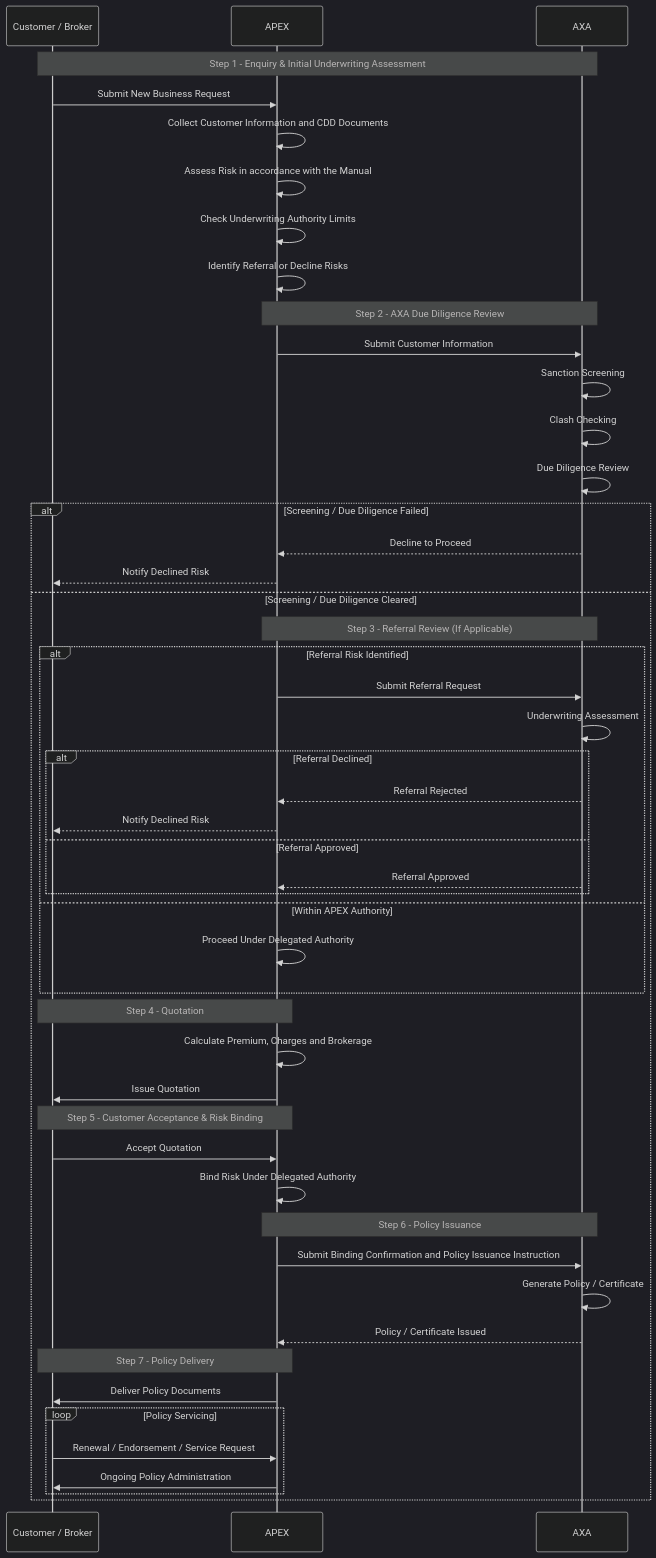
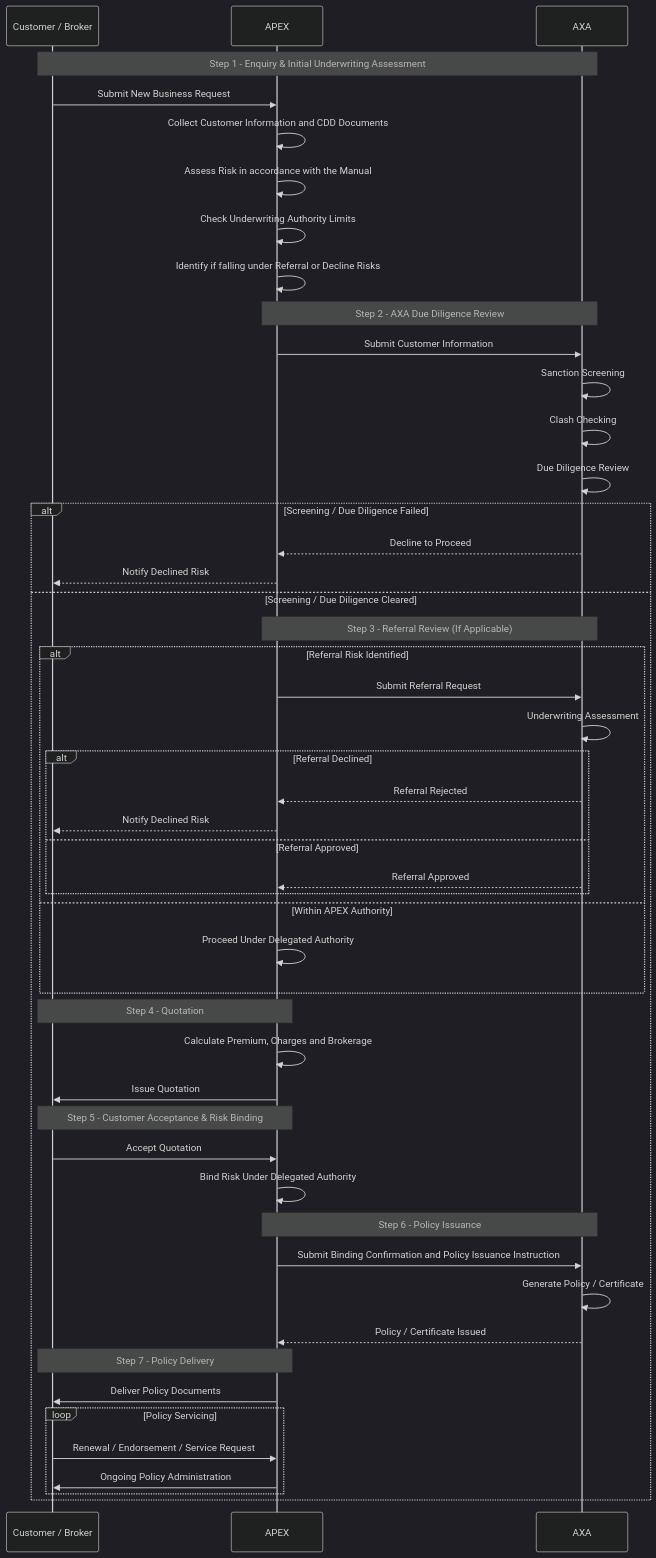
Before and after one commit to raymwor-arch/Diagram: the diagram in Apex.md, drawn with Mermaid (dark theme).

````diff
--- a/Apex.md
+++ b/Apex.md
@@ -1,72 +1,72 @@
 ```mermaid
 sequenceDiagram
     participant Customer as Customer / Broker
     participant APEX as APEX
     participant AXA as AXA
 
     Note over Customer,AXA: Step 1 - Enquiry & Initial Underwriting Assessment
 
     Customer->>APEX: Submit New Business Request
 
     APEX->>APEX: Collect Customer Information and CDD Documents
     APEX->>APEX: Assess Risk in accordance with the Manual
     APEX->>APEX: Check Underwriting Authority Limits
-    APEX->>APEX: Identify Referral or Decline Risks
+    APEX->>APEX: Identify if falling under Referral or Decline Risks
 
     Note over APEX,AXA: Step 2 - AXA Due Diligence Review
 
     APEX->>AXA: Submit Customer Information
 
     AXA->>AXA: Sanction Screening
     AXA->>AXA: Clash Checking
     AXA->>AXA: Due Diligence Review
 
     alt Screening / Due Diligence Failed
         AXA-->>APEX: Decline to Proceed
         APEX-->>Customer: Notify Declined Risk
     else Screening / Due Diligence Cleared
 
         Note over APEX,AXA: Step 3 - Referral Review (If Applicable)
 
         alt Referral Risk Identified
             APEX->>AXA: Submit Referral Request
             AXA->>AXA: Underwriting Assessment
 
             alt Referral Declined
                 AXA-->>APEX: Referral Rejected
                 APEX-->>Customer: Notify Declined Risk
             else Referral Approved
                 AXA-->>APEX: Referral Approved
             end
         else Within APEX Authority
             APEX->>APEX: Proceed Under Delegated Authority
         end
 
         Note over APEX,Customer: Step 4 - Quotation
 
         APEX->>APEX: Calculate Premium, Charges and Brokerage
         APEX->>Customer: Issue Quotation
 
         Note over Customer,APEX: Step 5 - Customer Acceptance & Risk Binding
 
         Customer->>APEX: Accept Quotation
 
         APEX->>APEX: Bind Risk Under Delegated Authority
 
         Note over APEX,AXA: Step 6 - Policy Issuance
 
         APEX->>AXA: Submit Binding Confirmation and Policy Issuance Instruction
 
         AXA->>AXA: Generate Policy / Certificate
         AXA-->>APEX: Policy / Certificate Issued
 
         Note over APEX,Customer: Step 7 - Policy Delivery
 
         APEX->>Customer: Deliver Policy Documents
 
         loop Policy Servicing
             Customer->>APEX: Renewal / Endorsement / Service Request
             APEX->>Customer: Ongoing Policy Administration
         end
     end
 ```    
````
